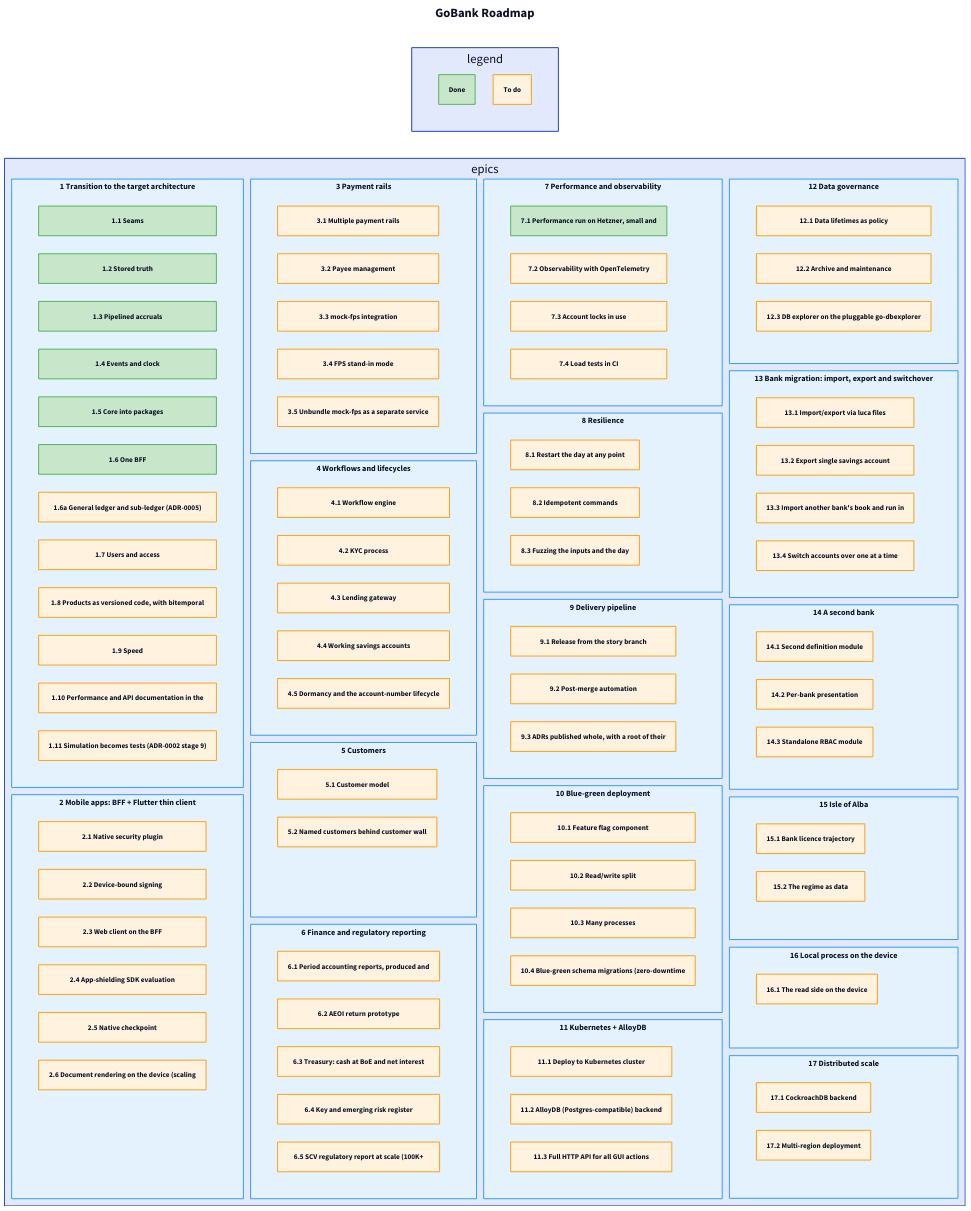
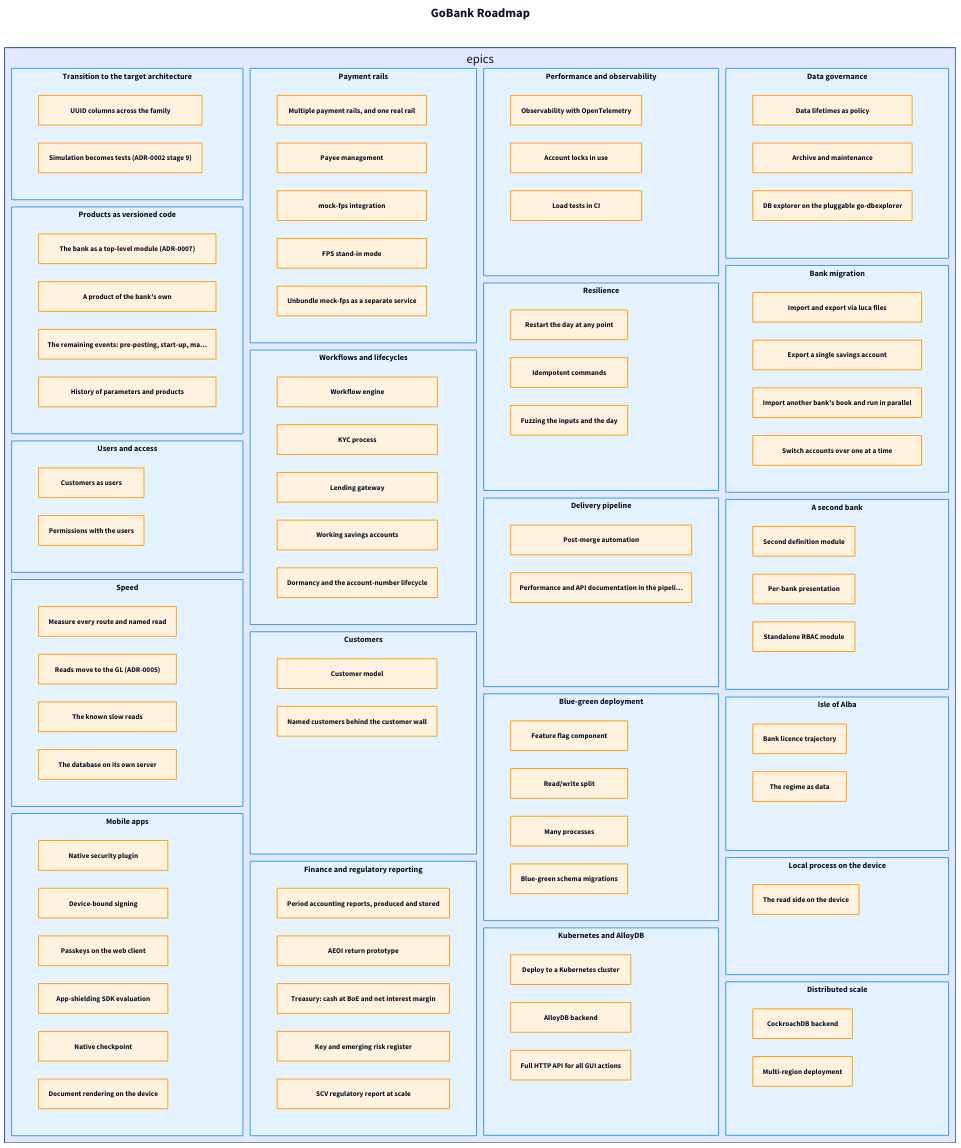
One commit to drummonds/gobank changed the diagram in roadmap.d2. Above: the diagram before and after it, drawn with D2. The commit also changed 2 other files, not shown here.

Commit message:
Roadmap migrated to tp roadmap: twenty named epics of forge issues (#66 to #130); shipped stories archived in the changelog under their versions

```diff
--- a/roadmap.d2
+++ b/roadmap.d2
@@ -1,159 +1,163 @@
 direction: right
 
 title: GoBank Roadmap {
   shape: text
   style.font-size: 28
   style.bold: true
 }
 
 classes: {
-  done: { style.fill: "#c8e6c9"; style.stroke: "#4caf50" }
-  todo: { style.fill: "#fff3e0"; style.stroke: "#ff9800" }
+  item: { style.fill: "#fff3e0"; style.stroke: "#ff9800" }
   epic: { style.fill: "#e3f2fd"; style.stroke: "#2196f3"; style.font-size: 18; style.bold: true }
 }
 
-legend: {
-  grid-columns: 2
-  done: Done { class: done }
-  todo: To do { class: todo }
-}
-
+# Drawn from ROADMAP.md: the open items by epic. Shipped stories are in the changelog.
 epics: {
   grid-columns: 4
   grid-gap: 16
-  e1: "1 Transition to the target architecture" {
+  e1: "Transition to the target architecture" {
     class: epic
     grid-columns: 1
-    s1_1: "1.1 Seams" { class: done }
-    s1_2: "1.2 Stored truth" { class: done }
-    s1_3: "1.3 Pipelined accruals" { class: done }
-    s1_4: "1.4 Events and clock" { class: done }
-    s1_5: "1.5 Core into packages" { class: done }
-    s1_6: "1.6 One BFF" { class: done }
-    s1_6a: "1.6a General ledger and sub-ledger (ADR-0005)" { class: todo }
-    s1_7: "1.7 Users and access" { class: todo }
-    s1_8: "1.8 Products as versioned code, with bitemporal" { class: todo }
-    s1_9: "1.9 Speed" { class: todo }
-    s1_10: "1.10 Performance and API documentation in the" { class: todo }
-    s1_11: "1.11 Simulation becomes tests (ADR-0002 stage 9)" { class: todo }
+    uuid_columns: "UUID columns across the family" { class: item }
+    simulation_tests: "Simulation becomes tests (ADR-0002 stage 9)" { class: item }
   }
-  e2: "2 Mobile apps: BFF + Flutter thin client" {
+  e2: "Products as versioned code" {
     class: epic
     grid-columns: 1
-    s2_1: "2.1 Native security plugin" { class: todo }
-    s2_2: "2.2 Device-bound signing" { class: todo }
-    s2_3: "2.3 Web client on the BFF" { class: todo }
-    s2_4: "2.4 App-shielding SDK evaluation" { class: todo }
-    s2_5: "2.5 Native checkpoint" { class: todo }
-    s2_6: "2.6 Document rendering on the device (scaling" { class: todo }
+    bank_module: "The bank as a top-level module (ADR-0007)" { class: item }
+    own_product: "A product of the bank's own" { class: item }
+    remaining_events: "The remaining events: pre-posting, start-up, ma…" { class: item }
+    parameter_history: "History of parameters and products" { class: item }
   }
-  e3: "3 Payment rails" {
+  e3: "Users and access" {
     class: epic
     grid-columns: 1
-    s3_1: "3.1 Multiple payment rails" { class: todo }
-    s3_2: "3.2 Payee management" { class: todo }
-    s3_3: "3.3 mock-fps integration" { class: todo }
-    s3_4: "3.4 FPS stand-in mode" { class: todo }
-    s3_5: "3.5 Unbundle mock-fps as a separate service" { class: todo }
+    customers_as_users: "Customers as users" { class: item }
+    permissions: "Permissions with the users" { class: item }
   }
-  e4: "4 Workflows and lifecycles" {
+  e4: "Speed" {
     class: epic
     grid-columns: 1
-    s4_1: "4.1 Workflow engine" { class: todo }
-    s4_2: "4.2 KYC process" { class: todo }
-    s4_3: "4.3 Lending gateway" { class: todo }
-    s4_4: "4.4 Working savings accounts" { class: todo }
-    s4_5: "4.5 Dormancy and the account-number lifecycle" { class: todo }
+    measure: "Measure every route and named read" { class: item }
+    gl_reads: "Reads move to the GL (ADR-0005)" { class: item }
+    known_reads: "The known slow reads" { class: item }
+    db_server: "The database on its own server" { class: item }
   }
-  e5: "5 Customers" {
+  e5: "Mobile apps" {
     class: epic
     grid-columns: 1
-    s5_1: "5.1 Customer model" { class: todo }
-    s5_2: "5.2 Named customers behind customer wall" { class: todo }
+    native_plugin: "Native security plugin" { class: item }
+    device_signing: "Device-bound signing" { class: item }
+    web_passkeys: "Passkeys on the web client" { class: item }
+    app_shielding: "App-shielding SDK evaluation" { class: item }
+    native_checkpoint: "Native checkpoint" { class: item }
+    device_rendering: "Document rendering on the device" { class: item }
   }
-  e6: "6 Finance and regulatory reporting" {
+  e6: "Payment rails" {
     class: epic
     grid-columns: 1
-    s6_1: "6.1 Period accounting reports, produced and" { class: todo }
-    s6_2: "6.2 AEOI return prototype" { class: todo }
-    s6_3: "6.3 Treasury: cash at BoE and net interest" { class: todo }
-    s6_4: "6.4 Key and emerging risk register" { class: todo }
-    s6_5: "6.5 SCV regulatory report at scale (100K+" { class: todo }
+    rails: "Multiple payment rails, and one real rail" { class: item }
+    payees: "Payee management" { class: item }
+    mock_fps: "mock-fps integration" { class: item }
+    fps_standin: "FPS stand-in mode" { class: item }
+    unbundle_fps: "Unbundle mock-fps as a separate service" { class: item }
   }
-  e7: "7 Performance and observability" {
+  e7: "Workflows and lifecycles" {
     class: epic
     grid-columns: 1
-    s7_1: "7.1 Performance run on Hetzner, small and" { class: done }
-    s7_2: "7.2 Observability with OpenTelemetry" { class: todo }
-    s7_3: "7.3 Account locks in use" { class: todo }
-    s7_4: "7.4 Load tests in CI" { class: todo }
+    workflow_engine: "Workflow engine" { class: item }
+    kyc: "KYC process" { class: item }
+    lending_gateway: "Lending gateway" { class: item }
+    savings_lifecycle: "Working savings accounts" { class: item }
+    dormancy: "Dormancy and the account-number lifecycle" { class: item }
   }
-  e8: "8 Resilience" {
+  e8: "Customers" {
     class: epic
     grid-columns: 1
-    s8_1: "8.1 Restart the day at any point" { class: todo }
-    s8_2: "8.2 Idempotent commands" { class: todo }
-    s8_3: "8.3 Fuzzing the inputs and the day" { class: todo }
+    customer_model: "Customer model" { class: item }
+    customer_wall: "Named customers behind the customer wall" { class: item }
   }
-  e9: "9 Delivery pipeline" {
+  e9: "Finance and regulatory reporting" {
     class: epic
     grid-columns: 1
-    s9_1: "9.1 Release from the story branch" { class: todo }
-    s9_2: "9.2 Post-merge automation" { class: todo }
-    s9_3: "9.3 ADRs published whole, with a root of their" { class: todo }
+    period_reports: "Period accounting reports, produced and stored" { class: item }
+    aeoi: "AEOI return prototype" { class: item }
+    treasury_nim: "Treasury: cash at BoE and net interest margin" { class: item }
+    risk_register: "Key and emerging risk register" { class: item }
+    scv: "SCV regulatory report at scale" { class: item }
   }
-  e10: "10 Blue-green deployment" {
+  e10: "Performance and observability" {
     class: epic
     grid-columns: 1
-    s10_1: "10.1 Feature flag component" { class: todo }
-    s10_2: "10.2 Read/write split" { class: todo }
-    s10_3: "10.3 Many processes" { class: todo }
-    s10_4: "10.4 Blue-green schema migrations (zero-downtime" { class: todo }
+    otel: "Observability with OpenTelemetry" { class: item }
+    lock_telemetry: "Account locks in use" { class: item }
+    load_tests: "Load tests in CI" { class: item }
   }
-  e11: "11 Kubernetes + AlloyDB" {
+  e11: "Resilience" {
     class: epic
     grid-columns: 1
-    s11_1: "11.1 Deploy to Kubernetes cluster" { class: todo }
-    s11_2: "11.2 AlloyDB (Postgres-compatible) backend" { class: todo }
-    s11_3: "11.3 Full HTTP API for all GUI actions" { class: todo }
+    restart_anywhere: "Restart the day at any point" { class: item }
+    idempotent: "Idempotent commands" { class: item }
+    fuzzing: "Fuzzing the inputs and the day" { class: item }
   }
-  e12: "12 Data governance" {
+  e12: "Delivery pipeline" {
     class: epic
     grid-columns: 1
-    s12_1: "12.1 Data lifetimes as policy" { class: todo }
-    s12_2: "12.2 Archive and maintenance" { class: todo }
-    s12_3: "12.3 DB explorer on the pluggable go-dbexplorer" { class: todo }
+    post_merge: "Post-merge automation" { class: item }
+    pipeline_gates: "Performance and API documentation in the pipeli…" { class: item }
   }
-  e13: "13 Bank migration: import, export and switchover" {
+  e13: "Blue-green deployment" {
     class: epic
     grid-columns: 1
-    s13_1: "13.1 Import/export via luca files" { class: todo }
-    s13_2: "13.2 Export single savings account" { class: todo }
-    s13_3: "13.3 Import another bank's book and run in" { class: todo }
-    s13_4: "13.4 Switch accounts over one at a time" { class: todo }
+    flags: "Feature flag component" { class: item }
+    rw_split: "Read/write split" { class: item }
+    many_processes: "Many processes" { class: item }
+    bg_migrations: "Blue-green schema migrations" { class: item }
   }
-  e14: "14 A second bank" {
+  e14: "Kubernetes and AlloyDB" {
     class: epic
     grid-columns: 1
-    s14_1: "14.1 Second definition module" { class: todo }
-    s14_2: "14.2 Per-bank presentation" { class: todo }
-    s14_3: "14.3 Standalone RBAC module" { class: todo }
+    k8s: "Deploy to a Kubernetes cluster" { class: item }
+    alloydb: "AlloyDB backend" { class: item }
+    full_api: "Full HTTP API for all GUI actions" { class: item }
   }
-  e15: "15 Isle of Alba" {
+  e15: "Data governance" {
     class: epic
     grid-columns: 1
-    s15_1: "15.1 Bank licence trajectory" { class: todo }
-    s15_2: "15.2 The regime as data" { class: todo }
+    lifetimes: "Data lifetimes as policy" { class: item }
+    archive: "Archive and maintenance" { class: item }
+    dbexplorer: "DB explorer on the pluggable go-dbexplorer" { class: item }
   }
-  e16: "16 Local process on the device" {
+  e16: "Bank migration" {
     class: epic
     grid-columns: 1
-    s16_1: "16.1 The read side on the device" { class: todo }
+    luca_io: "Import and export via luca files" { class: item }
+    export_account: "Export a single savings account" { class: item }
+    import_bank: "Import another bank's book and run in parallel" { class: item }
+    switchover: "Switch accounts over one at a time" { class: item }
   }
-  e17: "17 Distributed scale" {
+  e17: "A second bank" {
     class: epic
     grid-columns: 1
-    s17_1: "17.1 CockroachDB backend" { class: todo }
-    s17_2: "17.2 Multi-region deployment" { class: todo }
+    second_definition: "Second definition module" { class: item }
+    per_bank_presentation: "Per-bank presentation" { class: item }
+    rbac_module: "Standalone RBAC module" { class: item }
+  }
+  e18: "Isle of Alba" {
+    class: epic
+    grid-columns: 1
+    licence: "Bank licence trajectory" { class: item }
+    regime: "The regime as data" { class: item }
+  }
+  e19: "Local process on the device" {
+    class: epic
+    grid-columns: 1
+    device_reads: "The read side on the device" { class: item }
+  }
+  e20: "Distributed scale" {
+    class: epic
+    grid-columns: 1
+    cockroach: "CockroachDB backend" { class: item }
+    multi_region: "Multi-region deployment" { class: item }
   }
 }
```
